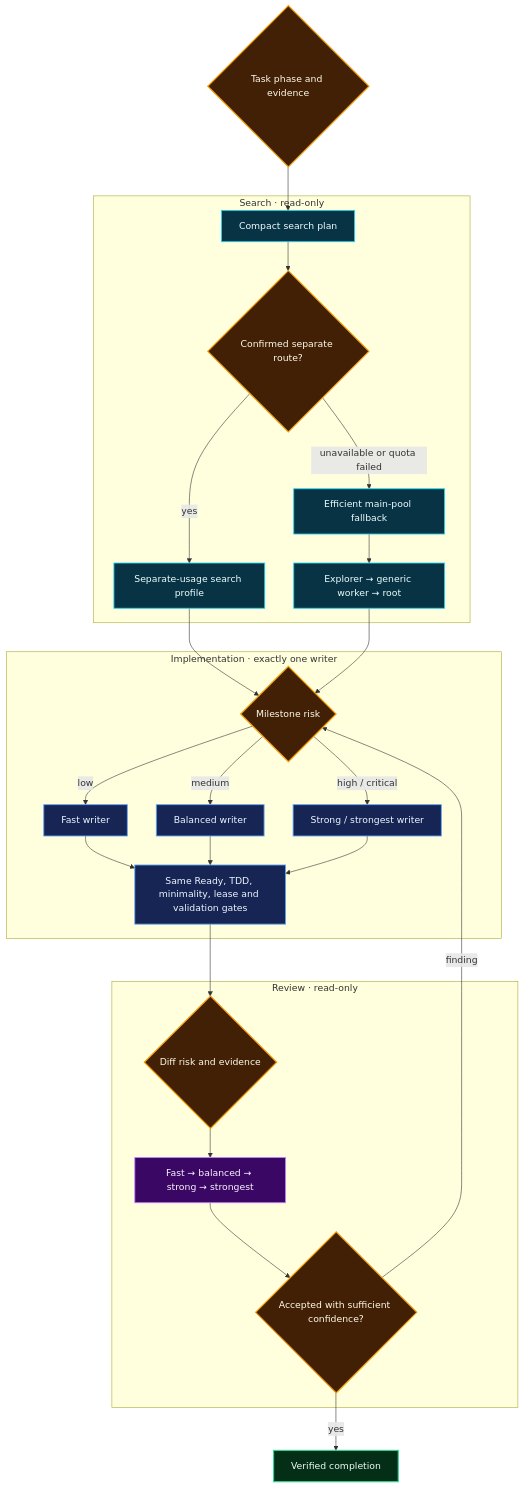
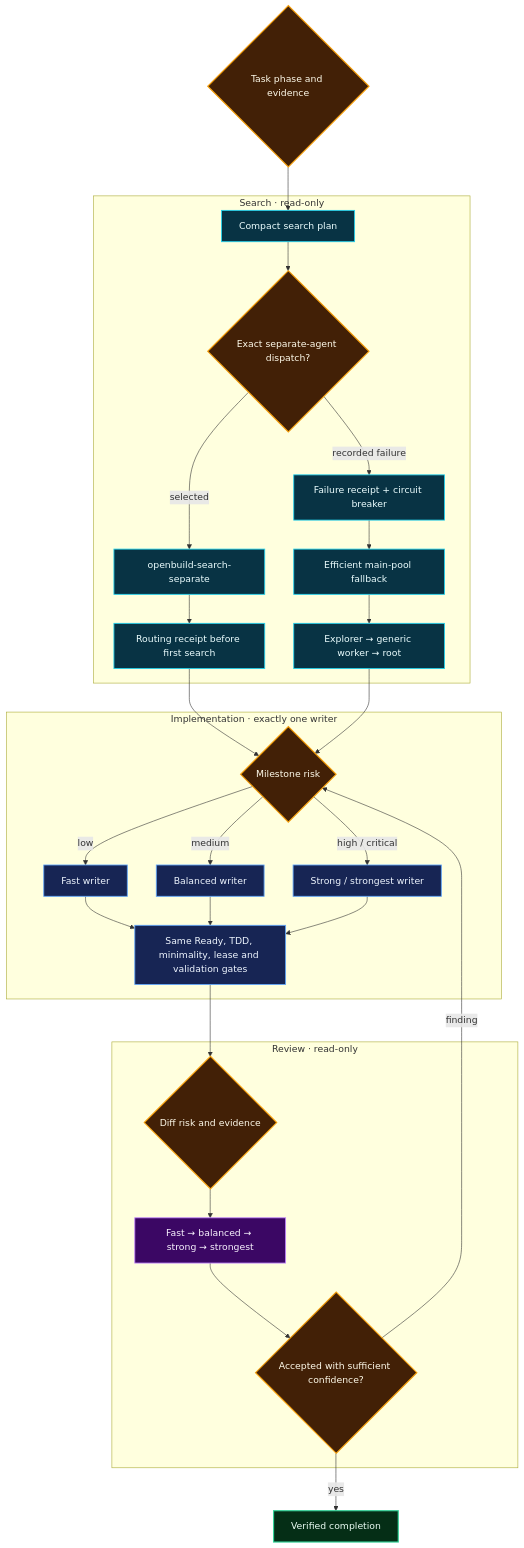
One commit to GeorgVahi/OpenBuild changed the second of 3 diagrams in README.md. Above: the diagram before and after it, drawn with Mermaid. The commit also changed other lines of this file and 10 other files, not shown here.

Commit message:
Enforce exact search agent dispatch

````diff
--- a/README.md
+++ b/README.md
@@ -262,44 +262,46 @@
 ```mermaid
 flowchart TB
     R{"Task phase and evidence"}
 
     subgraph SEARCH["Search · read-only"]
-        S0["Compact search plan"] --> S1{"Confirmed separate route?"}
-        S1 -->|yes| S2["Separate-usage search profile"]
-        S1 -->|unavailable or quota failed| S3["Efficient main-pool fallback"]
+        S0["Compact search plan"] --> S1{"Exact separate-agent dispatch?"}
+        S1 -->|selected| S2["openbuild-search-separate"]
+        S1 -->|recorded failure| S5["Failure receipt + circuit breaker"]
+        S5 --> S3["Efficient main-pool fallback"]
         S3 --> S4["Explorer → generic worker → root"]
+        S2 --> S6["Routing receipt before first search"]
     end
 
     subgraph WRITE["Implementation · exactly one writer"]
         W0{"Milestone risk"}
         W0 -->|low| W1["Fast writer"]
         W0 -->|medium| W2["Balanced writer"]
         W0 -->|high / critical| W3["Strong / strongest writer"]
         W1 --> W4["Same Ready, TDD, minimality, lease and validation gates"]
         W2 --> W4
         W3 --> W4
     end
 
     subgraph REVIEW["Review · read-only"]
         V0{"Diff risk and evidence"} --> V1["Fast → balanced → strong → strongest"]
         V1 --> V2{"Accepted with sufficient confidence?"}
     end
 
     R --> S0
-    S2 --> W0
+    S6 --> W0
     S4 --> W0
     W4 --> V0
     V2 -->|finding| W0
     V2 -->|yes| Z["Verified completion"]
 
     classDef decision fill:#422006,color:#fffbeb,stroke:#f59e0b,stroke-width:2px;
     classDef search fill:#083344,color:#ecfeff,stroke:#22d3ee,stroke-width:1.5px;
     classDef write fill:#172554,color:#eff6ff,stroke:#60a5fa,stroke-width:1.5px;
     classDef review fill:#3b0764,color:#faf5ff,stroke:#c084fc,stroke-width:1.5px;
     classDef done fill:#052e16,color:#ecfdf5,stroke:#34d399,stroke-width:2px;
     class R,S1,W0,V0,V2 decision;
-    class S0,S2,S3,S4 search;
+    class S0,S2,S3,S4,S5,S6 search;
     class W1,W2,W3,W4 write;
     class V1 review;
     class Z done;
 ```
````
